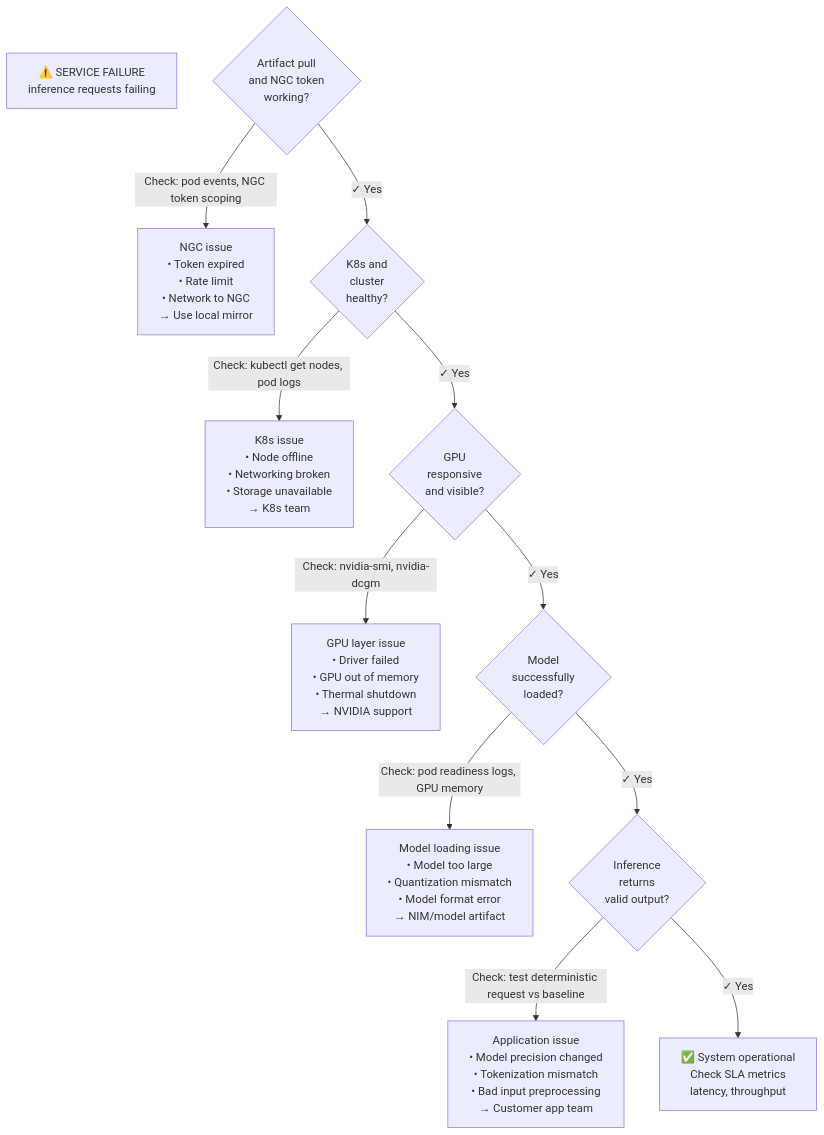
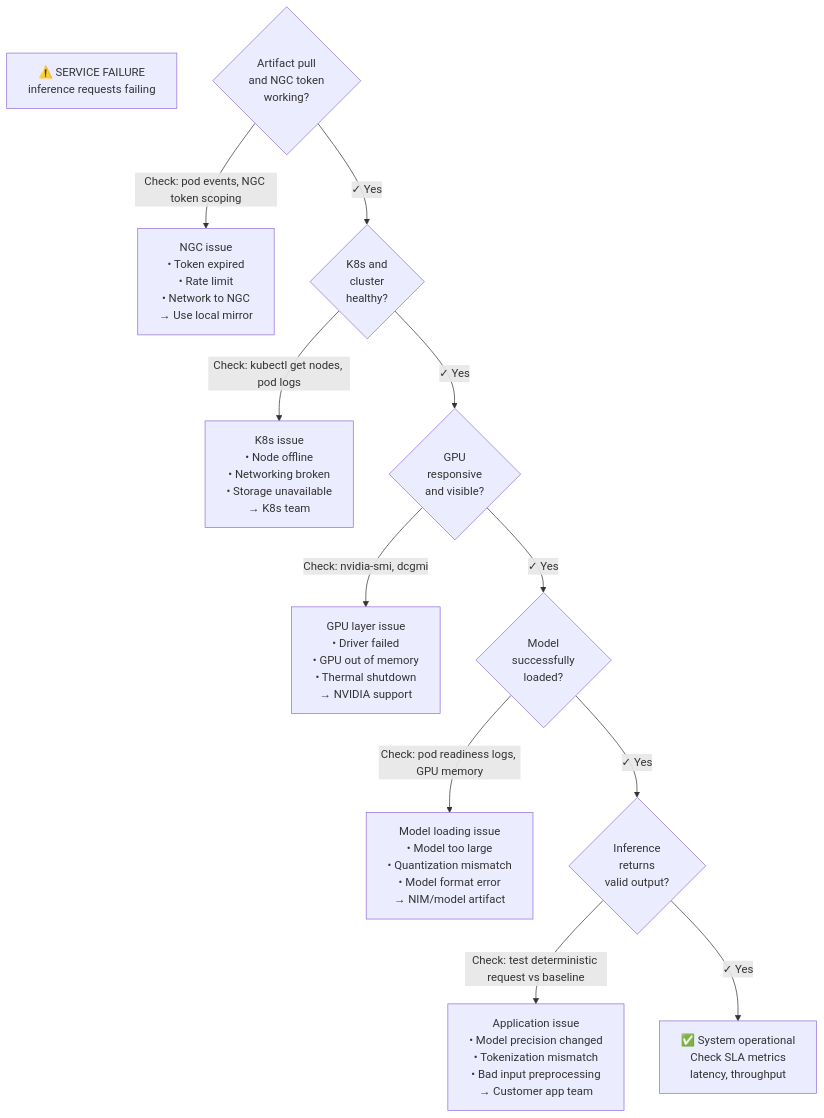
Before and after one commit to jithinpnjm/nvidia-devops: the diagram in docs/nvidia-zero-to-hero/volume-14/chapter-11-customer-architecture-and-troubleshooting.md, drawn with Mermaid. The commit also changed 13 other files, not shown here.

````diff
--- a/docs/nvidia-zero-to-hero/volume-14/chapter-11-customer-architecture-and-troubleshooting.md
+++ b/docs/nvidia-zero-to-hero/volume-14/chapter-11-customer-architecture-and-troubleshooting.md
@@ -153,24 +153,24 @@
 ```mermaid
 flowchart TD
     Fail["⚠️ SERVICE FAILURE<br/>inference requests failing"]
     
     Avail{Artifact pull<br/>and NGC token<br/>working?}
     Avail -->|"Check: pod events, NGC token scoping"| AvailNo["NGC issue<br/>• Token expired<br/>• Rate limit<br/>• Network to NGC<br/>→ Use local mirror"]
     Avail -->|"✓ Yes"| Platform
     
     Platform{K8s and<br/>cluster<br/>healthy?}
     Platform -->|"Check: kubectl get nodes, pod logs"| PlatformNo["K8s issue<br/>• Node offline<br/>• Networking broken<br/>• Storage unavailable<br/>→ K8s team"]
     Platform -->|"✓ Yes"| GPU
     
     GPU{"GPU<br/>responsive<br/>and visible?"}
-    GPU -->|"Check: nvidia-smi, nvidia-dcgm"| GPUNo["GPU layer issue<br/>• Driver failed<br/>• GPU out of memory<br/>• Thermal shutdown<br/>→ NVIDIA support"]
+    GPU -->|"Check: nvidia-smi, dcgmi"| GPUNo["GPU layer issue<br/>• Driver failed<br/>• GPU out of memory<br/>• Thermal shutdown<br/>→ NVIDIA support"]
     GPU -->|"✓ Yes"| ModelReady
     
     ModelReady{"Model<br/>successfully<br/>loaded?"}
     ModelReady -->|"Check: pod readiness logs, GPU memory"| ModelNo["Model loading issue<br/>• Model too large<br/>• Quantization mismatch<br/>• Model format error<br/>→ NIM/model artifact"]
     ModelReady -->|"✓ Yes"| AppIntegration
     
     AppIntegration{"Inference<br/>returns<br/>valid output?"}
     AppIntegration -->|"Check: test deterministic request vs baseline"| AppNo["Application issue<br/>• Model precision changed<br/>• Tokenization mismatch<br/>• Bad input preprocessing<br/>→ Customer app team"]
     AppIntegration -->|"✓ Yes"| Success["✅ System operational<br/>Check SLA metrics<br/>latency, throughput"]
 ```
````
